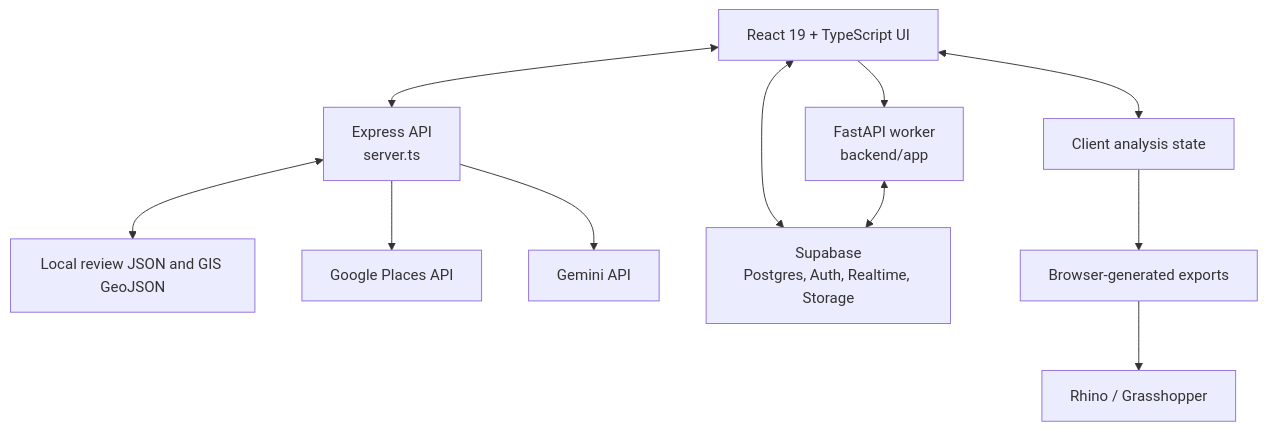
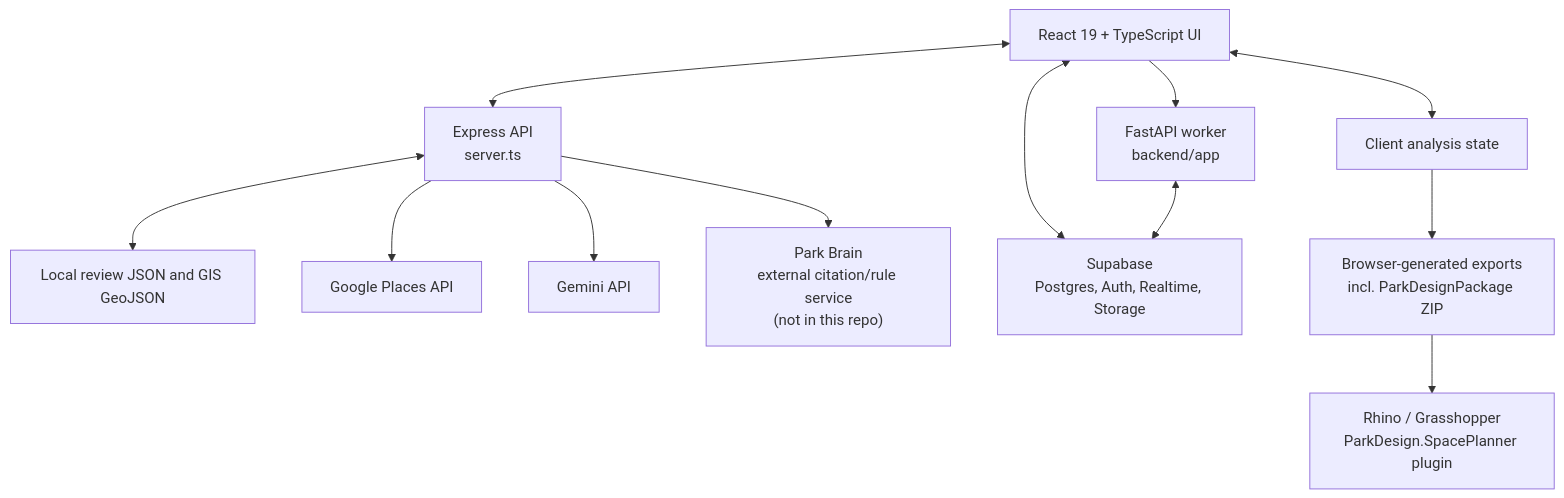
The second of 5 diagrams in PROJECT_ARCHITECTURE.md (Darkwolf007/dubai-park-review-miner), drawn with Mermaid before and after one commit. The commit also changed other lines of this file and 44 other files, not shown here.

````diff
--- a/PROJECT_ARCHITECTURE.md
+++ b/PROJECT_ARCHITECTURE.md
@@ -180,24 +200,26 @@
 ```mermaid
 flowchart TB
     UI["React 19 + TypeScript UI"]
     STATE["Client analysis state"]
     EXPRESS["Express API<br/>server.ts"]
     WORKER["FastAPI worker<br/>backend/app"]
     LOCAL["Local review JSON and GIS GeoJSON"]
     GOOGLE["Google Places API"]
     GEMINI["Gemini API"]
+    PARKBRAIN["Park Brain<br/>external citation/rule service<br/>(not in this repo)"]
     SUPA["Supabase<br/>Postgres, Auth, Realtime, Storage"]
-    EXPORT["Browser-generated exports"]
-    GH["Rhino / Grasshopper"]
+    EXPORT["Browser-generated exports<br/>incl. ParkDesignPackage ZIP"]
+    GH["Rhino / Grasshopper<br/>ParkDesign.SpacePlanner plugin"]
 
     UI <--> STATE
     UI <--> EXPRESS
     EXPRESS <--> LOCAL
     EXPRESS --> GOOGLE
     EXPRESS --> GEMINI
+    EXPRESS --> PARKBRAIN
     UI <--> SUPA
     UI --> WORKER
     WORKER <--> SUPA
     STATE --> EXPORT
     EXPORT --> GH
 ```
````
